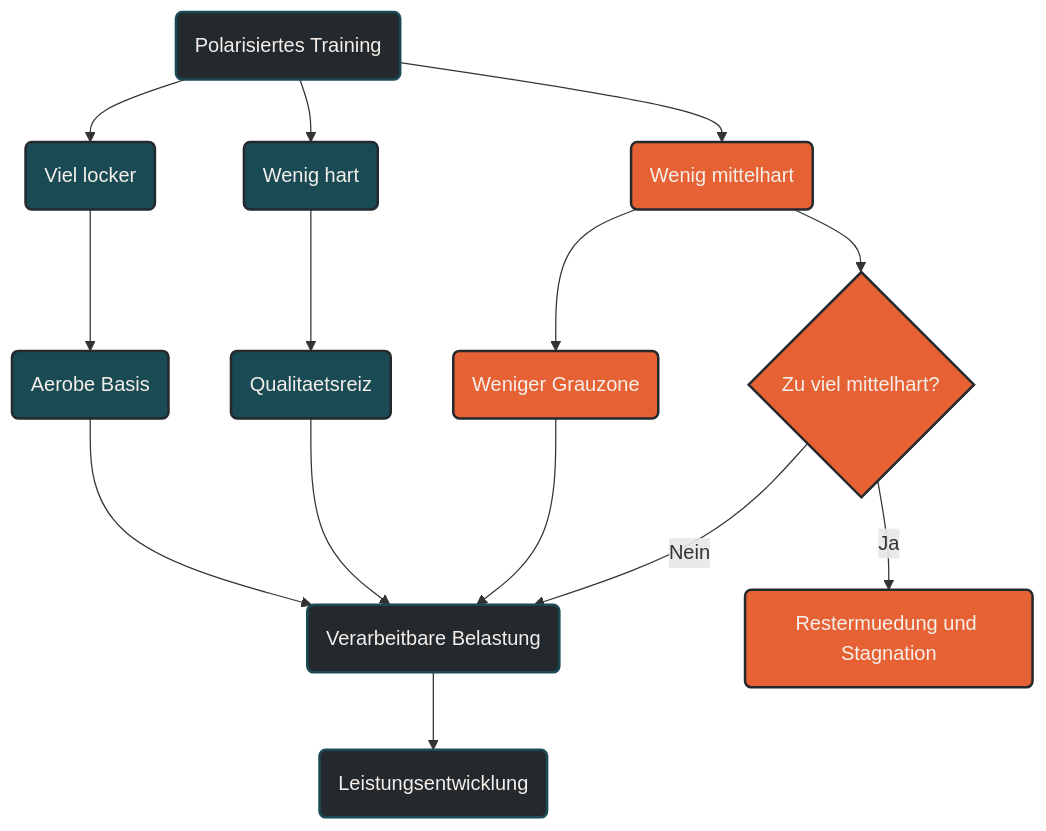
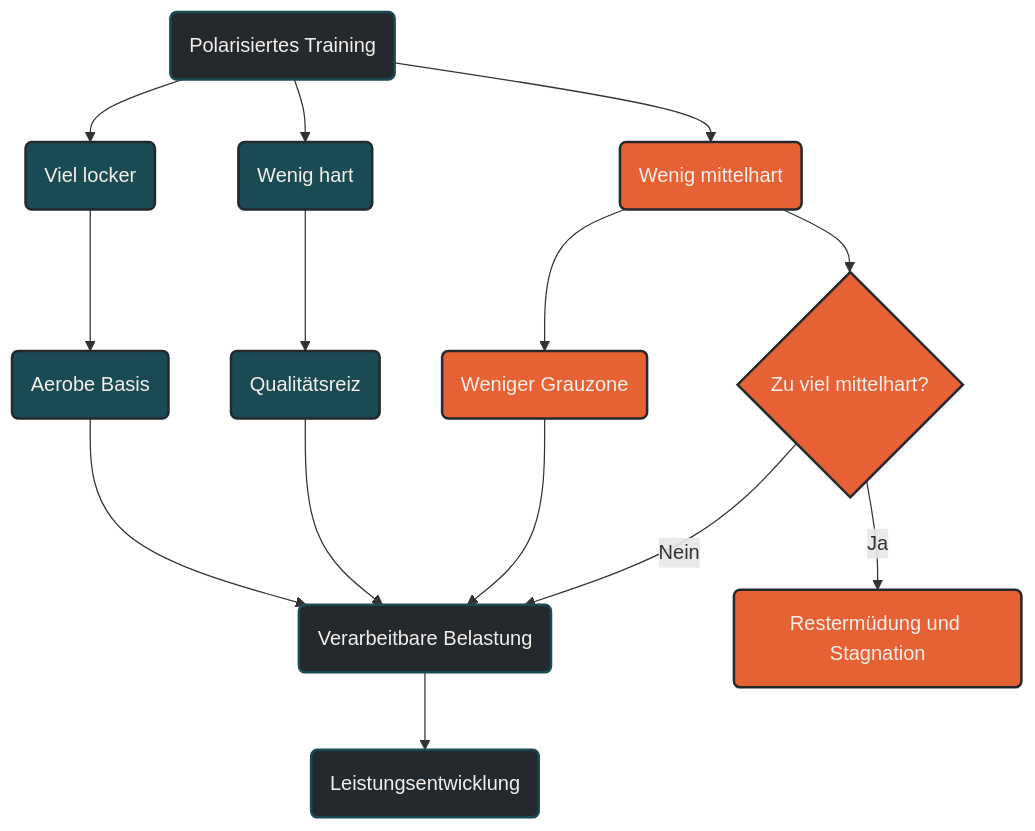
Before and after one commit to Quixos40K/ausdauersport-typemill: the diagram in content/00-ausdauersport/00-trainingswissenschaft/01-trainingsintensitaeten/05-pyramidal-training.md, drawn with Mermaid.

Commit message:
Fix typo in 'Qualitätsreiz' and 'Restermüdung'

````diff
--- a/content/00-ausdauersport/00-trainingswissenschaft/01-trainingsintensitaeten/05-pyramidal-training.md
+++ b/content/00-ausdauersport/00-trainingswissenschaft/01-trainingsintensitaeten/05-pyramidal-training.md
@@ -106,37 +106,37 @@
 ```mermaid
 graph TD
     A(Polarisiertes Training) --> B(Viel locker)
     A --> C(Wenig hart)
     A --> D(Wenig mittelhart)
 
     B --> E(Aerobe Basis)
-    C --> F(Qualitaetsreiz)
+    C --> F(Qualitätsreiz)
     D --> G(Weniger Grauzone)
 
     E --> H(Verarbeitbare Belastung)
     F --> H
     G --> H
 
     H --> I(Leistungsentwicklung)
 
     D --> J{Zu viel mittelhart?}
-    J -->|Ja| K(Restermuedung und Stagnation)
+    J -->|Ja| K(Restermüdung und Stagnation)
     J -->|Nein| H
 
     classDef default fill:#F4EFEA,stroke:#1A4B54,stroke-width:2px,color:#24292E;
     classDef primary fill:#1A4B54,stroke:#24292E,stroke-width:2px,color:#F4EFEA;
     classDef highlight fill:#E66133,stroke:#24292E,stroke-width:2px,color:#F4EFEA;
     classDef dark fill:#24292E,stroke:#1A4B54,stroke-width:2px,color:#F4EFEA;
 
     class A dark;
     class B primary;
     class C primary;
     class D highlight;
     class E primary;
     class F primary;
     class G highlight;
     class H dark;
     class I dark;
     class J highlight;
     class K highlight;
 ```
````
